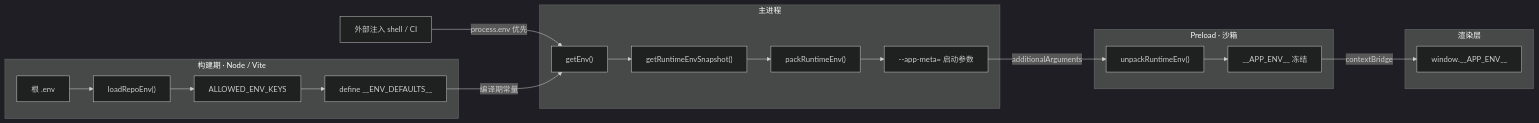
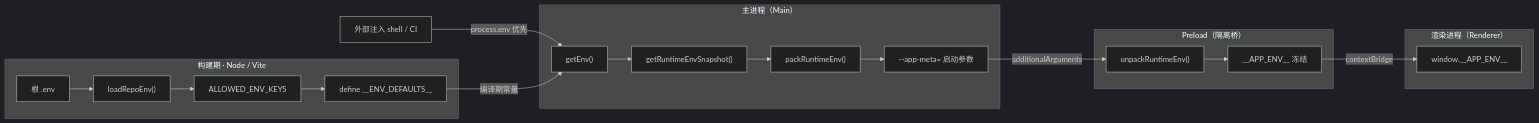
One commit to BanShan-Alec/electron-react-monorepo-template changed the diagram in packages/docs/src/pages/engineering/env-vars.md. Above: the diagram before and after it, drawn with Mermaid (dark theme). The commit also changed other lines of this file and 45 other files, not shown here.

Commit message:
feat(docs): 重构 mermaid 图预览与放大交互，统一文档写作规范 (#77)

````diff
--- a/packages/docs/src/pages/engineering/env-vars.md
+++ b/packages/docs/src/pages/engineering/env-vars.md
@@ -22,29 +22,29 @@
 ```mermaid
 flowchart LR
   subgraph build["构建期 · Node / Vite"]
     envFile["根 .env"]
     loadRepoEnv["loadRepoEnv()"]
     whitelist["ALLOWED_ENV_KEYS"]
     defineEnv["define __ENV_DEFAULTS__"]
     envFile --> loadRepoEnv --> whitelist --> defineEnv
   end
-  subgraph main["主进程"]
+  subgraph main["主进程（Main）"]
     getEnv["getEnv()"]
     snapshot["getRuntimeEnvSnapshot()"]
     packed["packRuntimeEnv()"]
     appMeta["--app-meta= 启动参数"]
     getEnv --> snapshot --> packed --> appMeta
   end
-  subgraph preload["Preload · 沙箱"]
+  subgraph preload["Preload（隔离桥）"]
     unpack["unpackRuntimeEnv()"]
     expose["__APP_ENV__ 冻结"]
     unpack --> expose
   end
-  subgraph renderer["渲染层"]
+  subgraph renderer["渲染进程（Renderer）"]
     consume["window.__APP_ENV__"]
   end
   external["外部注入 shell / CI"] -->|"process.env 优先"| getEnv
   defineEnv -->|"编译期常量"| getEnv
   appMeta -->|"additionalArguments"| unpack
   expose -->|"contextBridge"| consume
 ```
````
